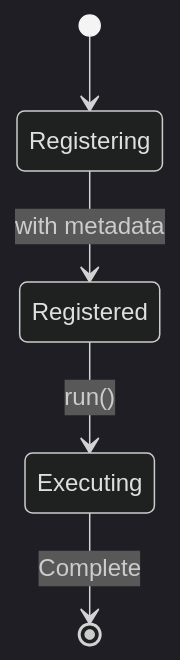
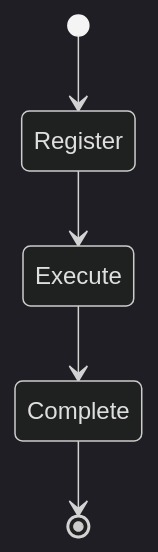
One commit to wisrovi/wpipe changed the fourth of 5 diagrams in examples/api_pipeline/10_worker_metadata/README.md. Above: the diagram before and after it, drawn with Mermaid (dark theme). The commit also changed other lines of this file and 20 other files, not shown here.

First line of the commit message:
Simplify Mermaid diagrams for better rendering

````diff
--- a/examples/api_pipeline/10_worker_metadata/README.md
+++ b/examples/api_pipeline/10_worker_metadata/README.md
@@ -52,7 +55,7 @@
 ```mermaid
 stateDiagram-v2
-    [*] --> Registering
-    Registering --> Registered: with metadata
-    Registered --> Executing: run()
-    Executing --> [*]: Complete
+    [*] --> Register
+    Register --> Execute
+    Execute --> Complete
+    Complete --> [*]
 ```
````
